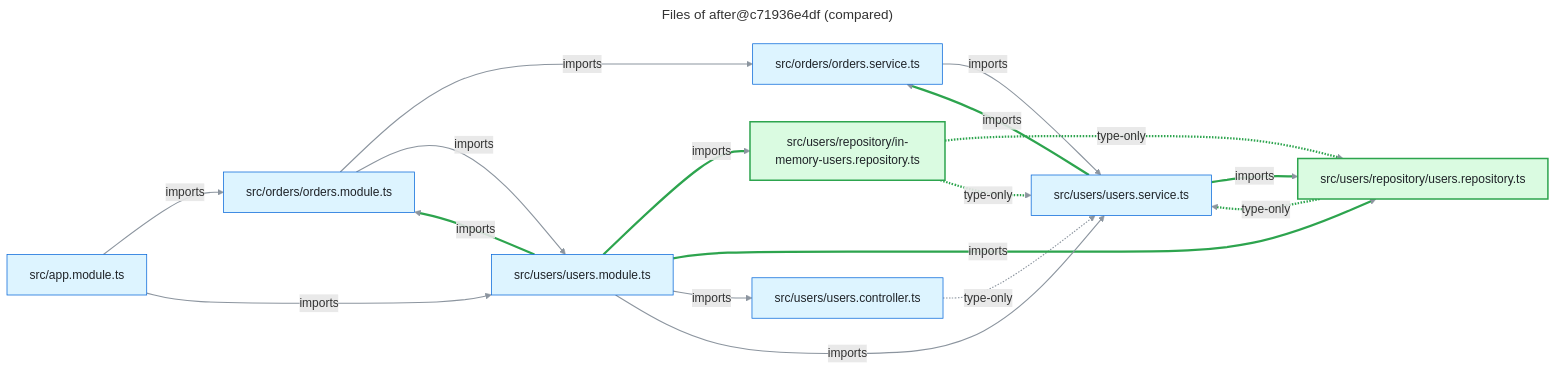
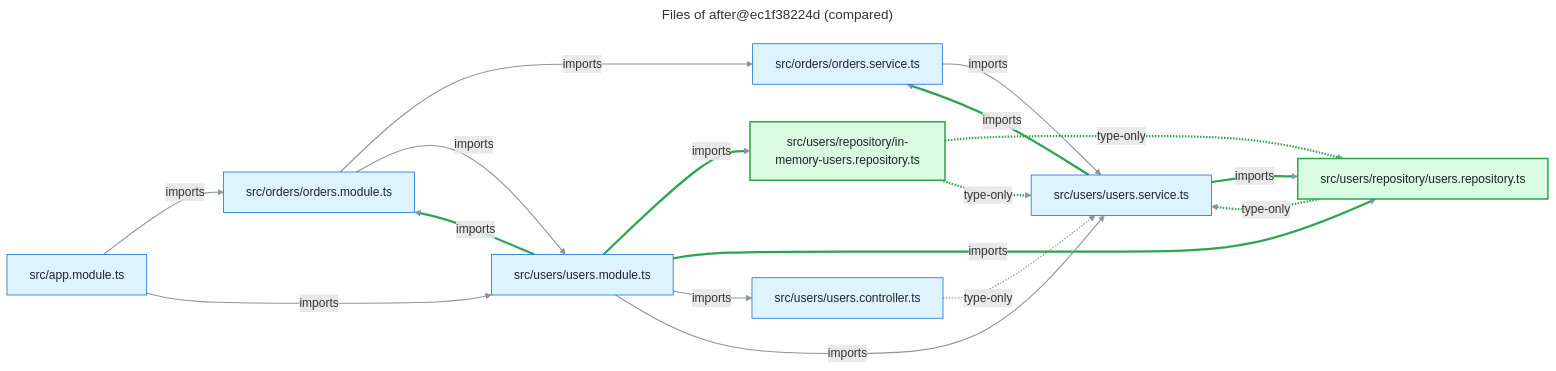
Before and after one commit to FullFran/archsieve: the diagram in examples/nest-shop/files-compare.mmd, drawn with Mermaid. The commit also changed 30 other files, not shown here.

```diff
--- a/examples/nest-shop/files-compare.mmd
+++ b/examples/nest-shop/files-compare.mmd
@@ -1,47 +1,47 @@
 ---
-title: "Files of after@c71936e4df (compared)"
+title: "Files of after@ec1f38224d (compared)"
 ---
 flowchart LR
   n0["src/app.module.ts"]:::code
   n1["src/orders/orders.module.ts"]:::code
   n2["src/orders/orders.service.ts"]:::code
   n3["src/users/repository/in-memory-users.repository.ts"]:::added
   n4["src/users/repository/users.repository.ts"]:::added
   n5["src/users/users.controller.ts"]:::code
   n6["src/users/users.module.ts"]:::code
   n7["src/users/users.service.ts"]:::code
   n0 -->|"imports"| n1
   n0 -->|"imports"| n6
   n1 -->|"imports"| n2
   n1 -->|"imports"| n6
   n2 -->|"imports"| n7
   n3 -.->|"type-only"| n4
   n3 -.->|"type-only"| n7
   n4 -.->|"type-only"| n7
   n5 -.->|"type-only"| n7
   n6 -->|"imports"| n1
   n6 -->|"imports"| n3
   n6 -->|"imports"| n4
   n6 -->|"imports"| n5
   n6 -->|"imports"| n7
   n7 -->|"imports"| n2
   n7 -->|"imports"| n4
   linkStyle default stroke:#8c959f,stroke-width:1.5px
   linkStyle 5 stroke:#2da44e,stroke-width:3px
   linkStyle 6 stroke:#2da44e,stroke-width:3px
   linkStyle 7 stroke:#2da44e,stroke-width:3px
   linkStyle 9 stroke:#2da44e,stroke-width:3px
   linkStyle 10 stroke:#2da44e,stroke-width:3px
   linkStyle 11 stroke:#2da44e,stroke-width:3px
   linkStyle 14 stroke:#2da44e,stroke-width:3px
   linkStyle 15 stroke:#2da44e,stroke-width:3px
   classDef code fill:#ddf4ff,stroke:#0969da,color:#1f2328
   classDef external fill:#fff8c5,stroke:#9a6700,color:#1f2328
   classDef module fill:#fbefff,stroke:#8250df,color:#1f2328
   classDef added fill:#dafbe1,stroke:#2da44e,stroke-width:2px,color:#1f2328
   classDef removed fill:#ffebe9,stroke:#cf222e,stroke-dasharray:4 3,color:#1f2328
   classDef boundary fill:#f6f8fa,stroke:#57606a,stroke-dasharray:6 4,color:#1f2328
   classDef container fill:#ddf4ff,stroke:#0969da,stroke-width:2px,color:#1f2328
   classDef unverified fill:#ffffff,stroke:#0969da,stroke-width:2px,stroke-dasharray:5 3,color:#1f2328
   classDef undeclared fill:#fff1e5,stroke:#bc4c00,stroke-width:2px,color:#1f2328
   classDef focus fill:#ddf4ff,stroke:#0969da,stroke-width:4px,color:#1f2328
```
